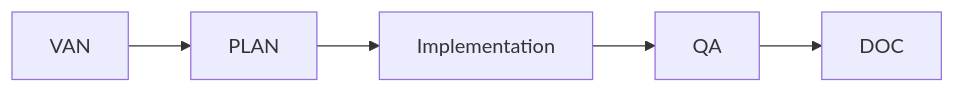
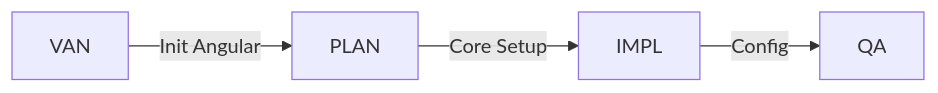
One commit to igor2000xp/my-form-reg-db changed the second of 9 diagrams in AGENTS.md. Above: the diagram before and after it, drawn with Mermaid. The commit also changed other lines of this file and 2 other files, not shown here.

First line of the commit message:
feat: expand Cursor Agent System documentation for Angular development

````diff
--- a/AGENTS.md
+++ b/AGENTS.md
@@ -142,5 +267,6 @@
    ```mermaid
    graph LR
-       VAN --> PLAN --> IMPL[Implementation]
-       IMPL --> QA --> DOC
+       VAN --> |Init Angular| PLAN
+       PLAN --> |Core Setup| IMPL
+       IMPL --> |Config| QA
    ```
````
